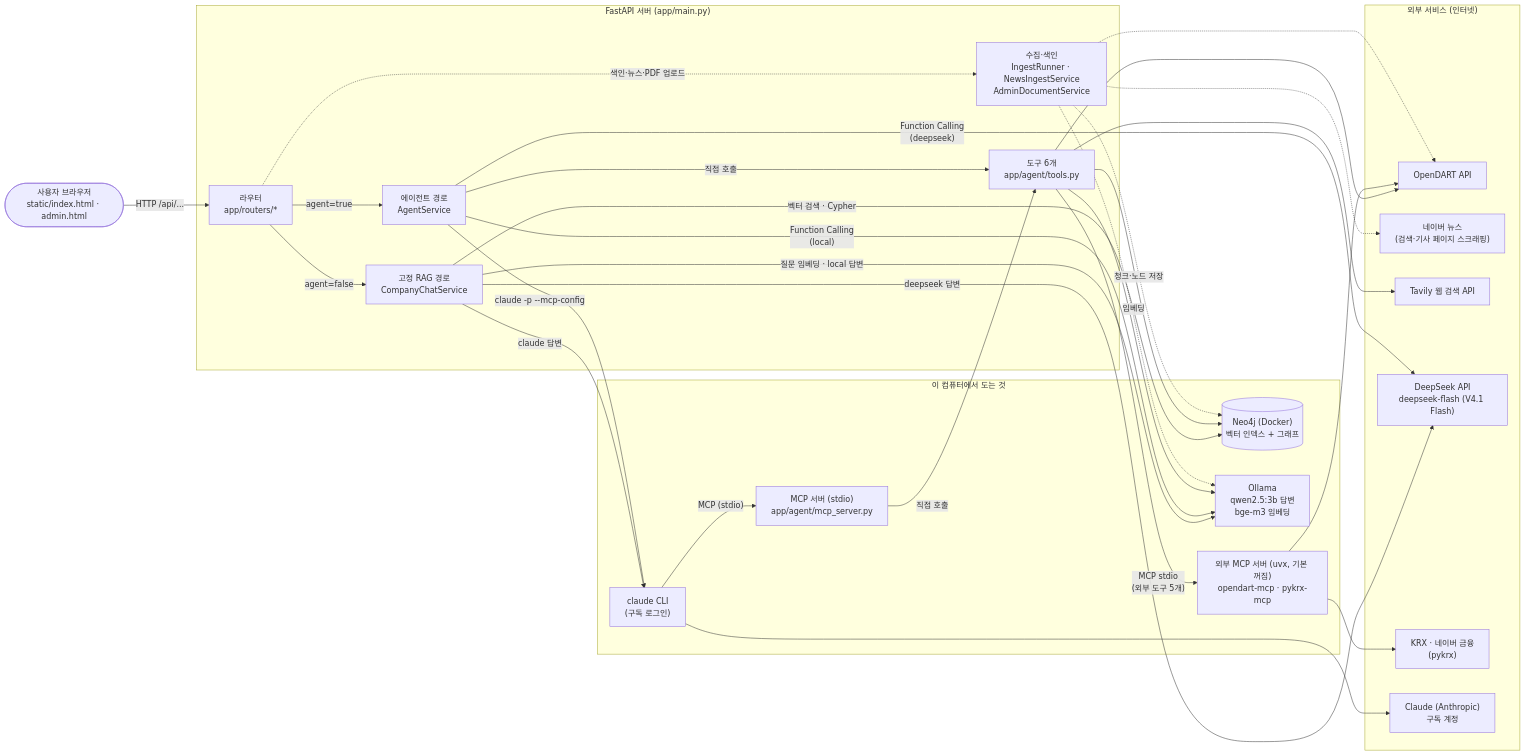
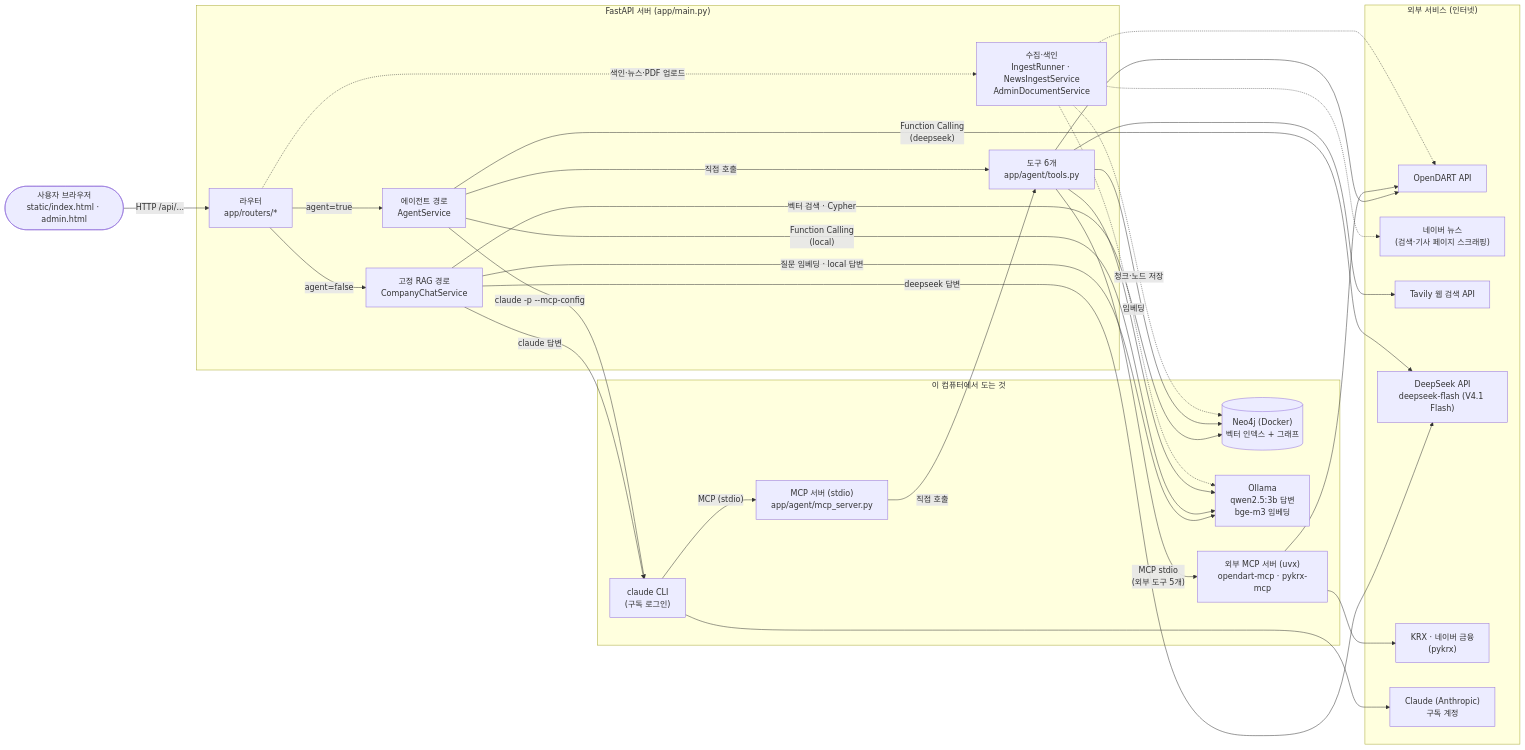
The first of 6 diagrams in docs/architecture.md (Daniel0915/rag-company-report-py), drawn with Mermaid before and after one commit. The commit also changed other lines of this file and 6 other files, not shown here.

````diff
--- a/docs/architecture.md
+++ b/docs/architecture.md
@@ -9,60 +9,60 @@
 ```mermaid
 flowchart LR
     user(["사용자 브라우저<br/>static/index.html · admin.html"])
 
     subgraph server["FastAPI 서버 (app/main.py)"]
         routers["라우터<br/>app/routers/*"]
         chat["고정 RAG 경로<br/>CompanyChatService"]
         agent["에이전트 경로<br/>AgentService"]
         tools["도구 6개<br/>app/agent/tools.py"]
         ingest["수집·색인<br/>IngestRunner · NewsIngestService<br/>AdminDocumentService"]
     end
 
     subgraph local["이 컴퓨터에서 도는 것"]
         neo4j[("Neo4j (Docker)<br/>벡터 인덱스 + 그래프")]
         ollama["Ollama<br/>qwen2.5:3b 답변<br/>bge-m3 임베딩"]
         cli["claude CLI<br/>(구독 로그인)"]
         mcp["MCP 서버 (stdio)<br/>app/agent/mcp_server.py"]
-        extmcp["외부 MCP 서버 (uvx, 기본 꺼짐)<br/>opendart-mcp · pykrx-mcp"]
+        extmcp["외부 MCP 서버 (uvx)<br/>opendart-mcp · pykrx-mcp"]
     end
 
     subgraph external["외부 서비스 (인터넷)"]
         dart["OpenDART API"]
         naver["네이버 뉴스<br/>(검색·기사 페이지 스크래핑)"]
         tavily["Tavily 웹 검색 API"]
         openrouter["DeepSeek API<br/>deepseek-flash (V4.1 Flash)"]
         krx["KRX · 네이버 금융<br/>(pykrx)"]
         anthropic["Claude (Anthropic)<br/>구독 계정"]
     end
 
     user -->|"HTTP /api/..."| routers
     routers -->|"agent=false"| chat
     routers -->|"agent=true"| agent
     routers -.->|"색인·뉴스·PDF 업로드"| ingest
 
     chat -->|"벡터 검색 · Cypher"| neo4j
     chat -->|"질문 임베딩 · local 답변"| ollama
     chat -->|"deepseek 답변"| openrouter
     chat -->|"claude 답변"| cli
 
     agent -->|"Function Calling<br/>(local)"| ollama
     agent -->|"Function Calling<br/>(deepseek)"| openrouter
     agent -->|"claude -p --mcp-config"| cli
     agent -->|"직접 호출"| tools
     cli -->|"MCP (stdio)"| mcp
     mcp -->|"직접 호출"| tools
     cli --> anthropic
 
     tools --> neo4j
     tools --> ollama
     tools --> dart
     tools --> tavily
     tools -->|"MCP stdio<br/>(외부 도구 5개)"| extmcp
     extmcp --> dart
     extmcp --> krx
 
     ingest -.-> dart
     ingest -.-> naver
     ingest -.->|"임베딩"| ollama
     ingest -.->|"청크·노드 저장"| neo4j
 ```
````
